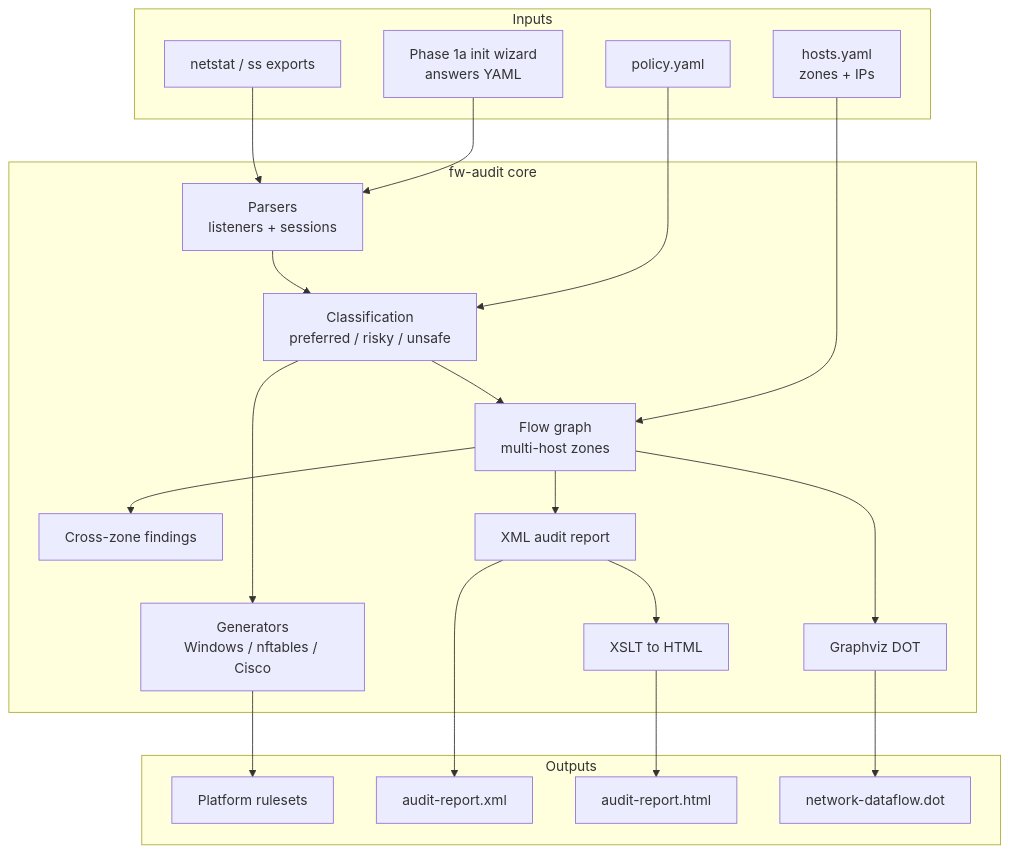
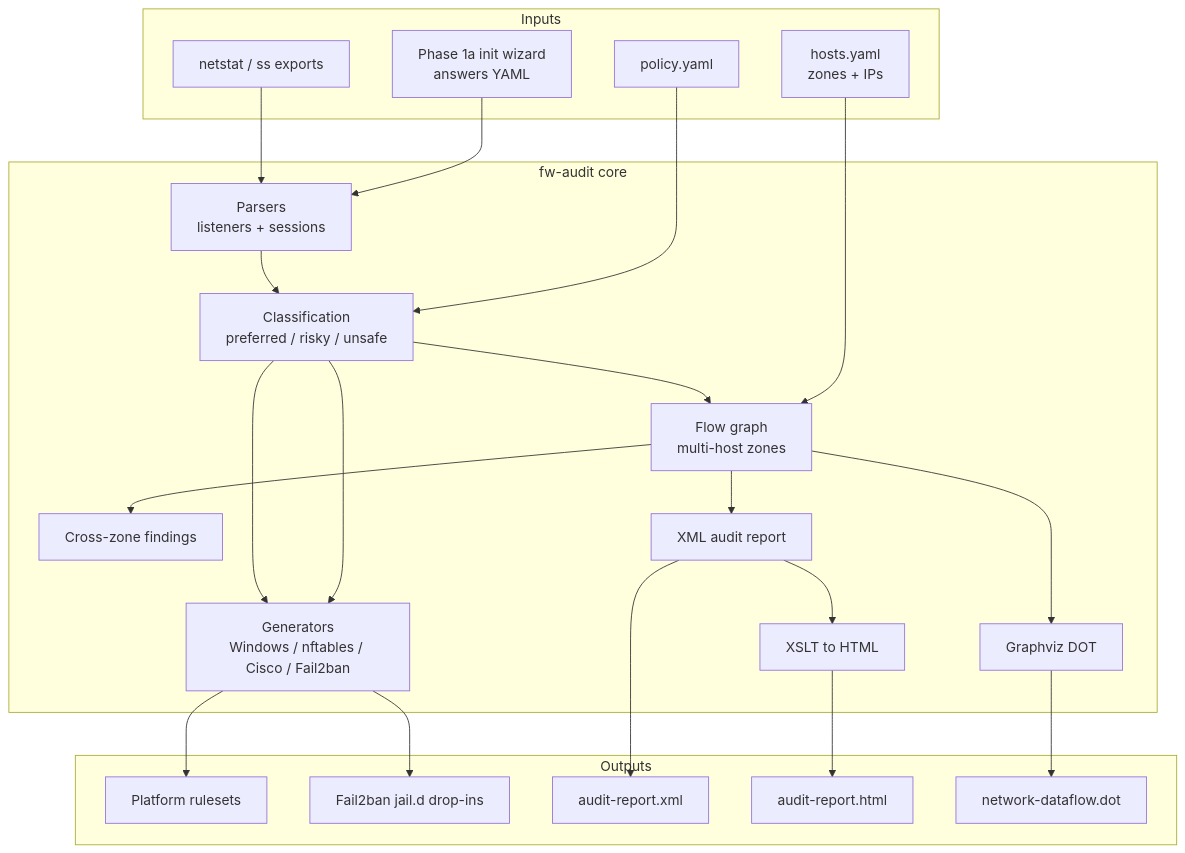
Before and after one commit to mowgli42/shield-map: the first of 4 diagrams in README.md, drawn with Mermaid. The commit also changed other lines of this file and 1 other file, not shown here.

First line of the commit message:
Document Fail2ban composition in README and gap analysis.

````diff
--- a/README.md
+++ b/README.md
@@ -9,37 +9,39 @@
 ```mermaid
 flowchart TB
   subgraph inputs [Inputs]
     INIT[Phase 1a init wizard\nanswers YAML]
     NET[netstat / ss exports]
     HOSTS[hosts.yaml\nzones + IPs]
     POLICY[policy.yaml]
   end
 
   subgraph core [fw-audit core]
     PARSE[Parsers\nlisteners + sessions]
     CLASS[Classification\npreferred / risky / unsafe]
     GRAPH[Flow graph\nmulti-host zones]
     CROSS[Cross-zone findings]
-    GEN[Generators\nWindows / nftables / Cisco]
+    GEN[Generators\nWindows / nftables / Cisco / Fail2ban]
     XML[XML audit report]
     DOT[Graphviz DOT]
     XSLT[XSLT to HTML]
   end
 
   subgraph outputs [Outputs]
     RULES[Platform rulesets]
+    F2B[Fail2ban jail.d drop-ins]
     REPORT[audit-report.xml]
     HTML[audit-report.html]
     FLOW[network-dataflow.dot]
   end
 
   INIT --> PARSE
   NET --> PARSE
   HOSTS --> GRAPH
   POLICY --> CLASS
   PARSE --> CLASS --> GRAPH --> CROSS
   CLASS --> GEN --> RULES
+  CLASS --> GEN --> F2B
   GRAPH --> XML --> REPORT
   XML --> XSLT --> HTML
   GRAPH --> DOT --> FLOW
 ```
````
